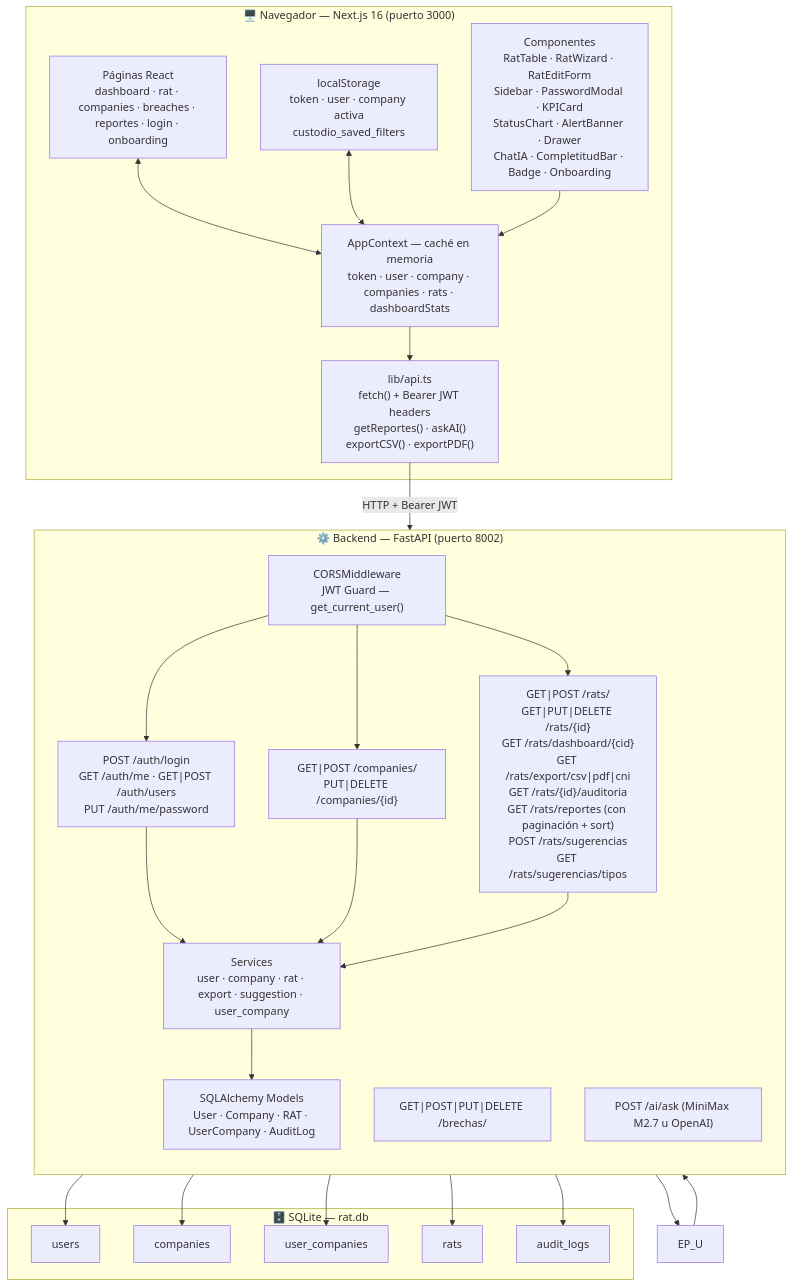
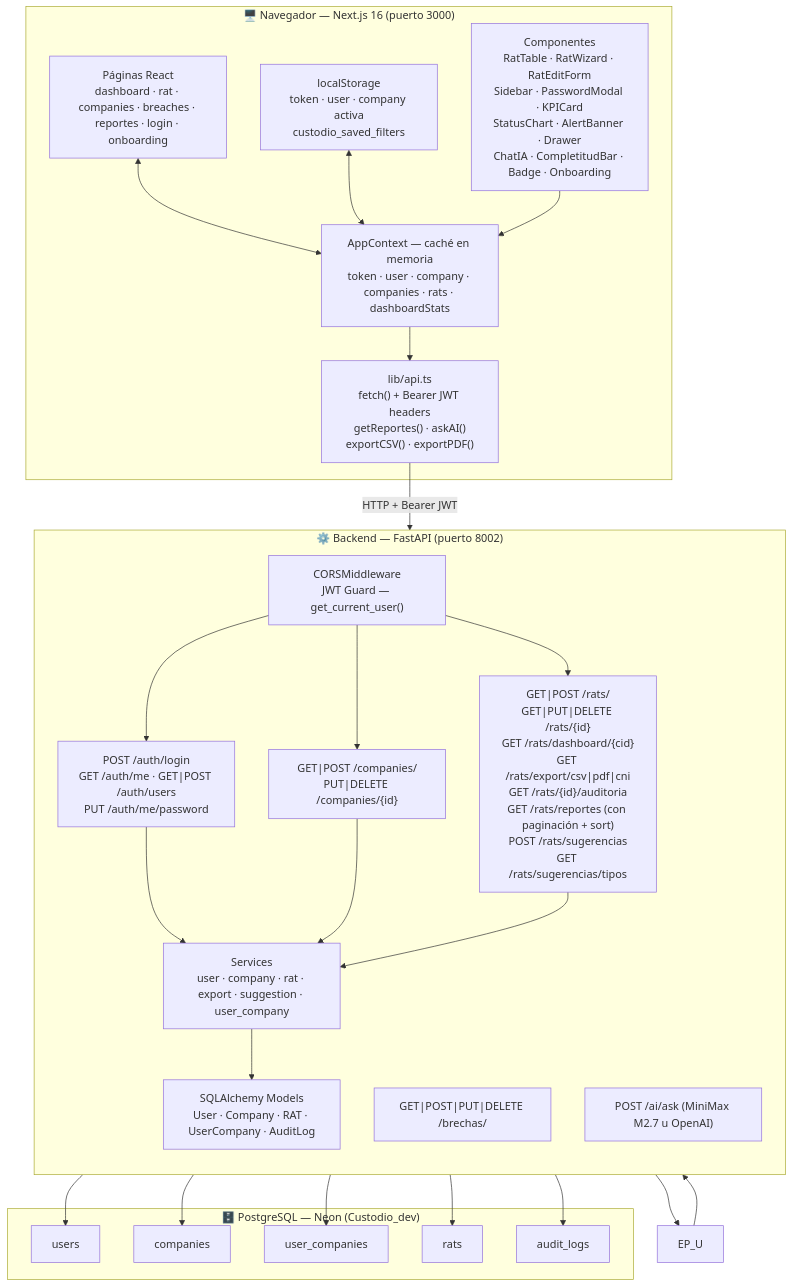
One commit to macollipal/custodio-rat changed the second of 4 diagrams in docs/flujo_datos.md. Above: the diagram before and after it, drawn with Mermaid. The commit also changed other lines of this file and 29 other files, not shown here.

````diff
--- a/docs/flujo_datos.md
+++ b/docs/flujo_datos.md
@@ -65,41 +65,41 @@
 ```mermaid
 graph TB
     subgraph BROWSER["🖥️  Navegador — Next.js 16  (puerto 3000)"]
         PAGES["Páginas React\ndashboard · rat · companies · breaches · reportes · login · onboarding"]
         CTX["AppContext — caché en memoria\ntoken · user · company · companies · rats · dashboardStats"]
         APILIB["lib/api.ts\nfetch() + Bearer JWT headers\ngetReportes() · askAI()\nexportCSV() · exportPDF()"]
         LS["localStorage\ntoken · user · company activa\ncustodio_saved_filters"]
         COMP["Componentes\nRatTable · RatWizard · RatEditForm\nSidebar · PasswordModal · KPICard\nStatusChart · AlertBanner · Drawer\nChatIA · CompletitudBar · Badge · Onboarding"]
     end
 
     subgraph BACKEND["⚙️  Backend — FastAPI  (puerto 8002)"]
         direction TB
         MW["CORSMiddleware\nJWT Guard — get_current_user()"]
         EP_A["POST /auth/login\nGET /auth/me · GET|POST /auth/users\nPUT /auth/me/password"]
         EP_C["GET|POST /companies/\nPUT|DELETE /companies/{id}"]
         EP_R["GET|POST /rats/\nGET|PUT|DELETE /rats/{id}\nGET /rats/dashboard/{cid}\nGET /rats/export/csv|pdf|cni\nGET /rats/{id}/auditoria\nGET /rats/reportes (con paginación + sort)\nPOST /rats/sugerencias\nGET /rats/sugerencias/tipos"]
         EP_B["GET|POST|PUT|DELETE /brechas/"]
         EP_AI["POST /ai/ask (MiniMax M2.7 u OpenAI)"]
         SVC["Services\nuser · company · rat · export · suggestion · user_company"]
         MDL["SQLAlchemy Models\nUser · Company · RAT · UserCompany · AuditLog"]
     end
 
-    subgraph DB["🗄️  SQLite — rat.db"]
+    subgraph DB["🗄️  PostgreSQL — Neon (Custodio_dev)"]
         T_U[users]
         T_C[companies]
         T_UC[user_companies]
         T_R[rats]
         T_AL[audit_logs]
     end
 
     PAGES <--> CTX
     CTX --> APILIB
     LS <--> CTX
     COMP --> CTX
 
     APILIB -->|"HTTP + Bearer JWT"| MW
     MW --> EP_A & EP_C & EP_R & EP_U
     EP_A & EP_C & EP_R & EP_U --> SVC
     SVC --> MDL
     MDL --> T_U & T_C & T_UC & T_R & T_AL
 ```
````
